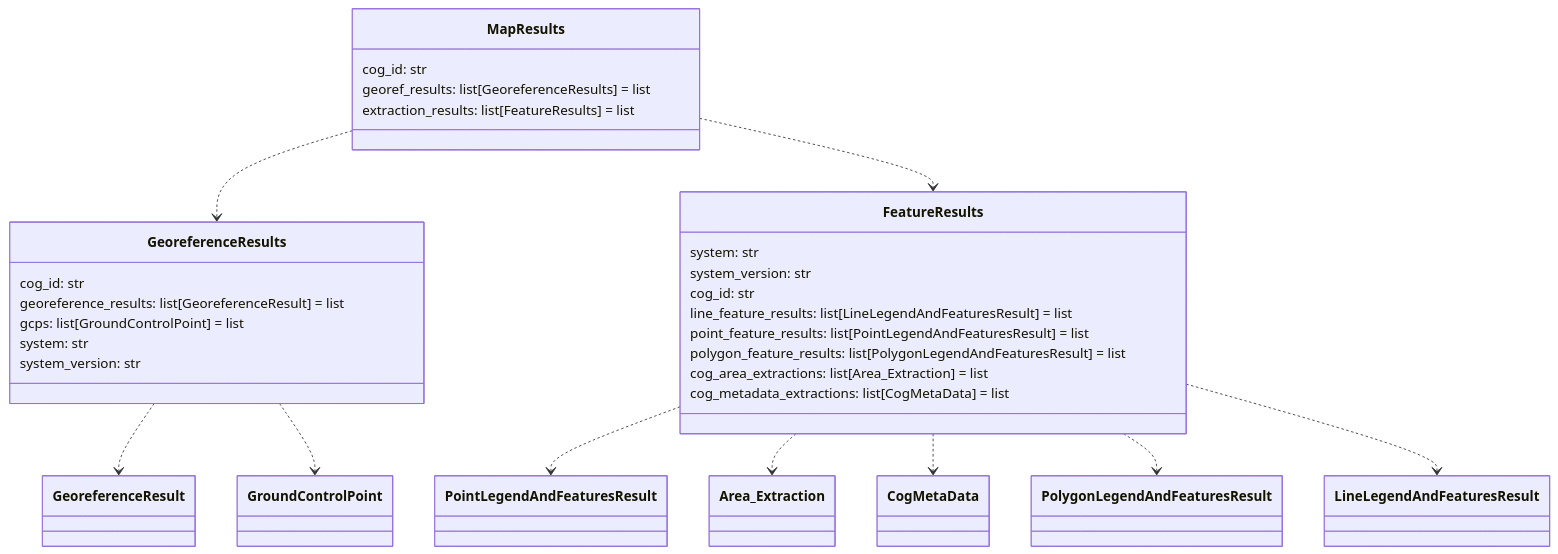
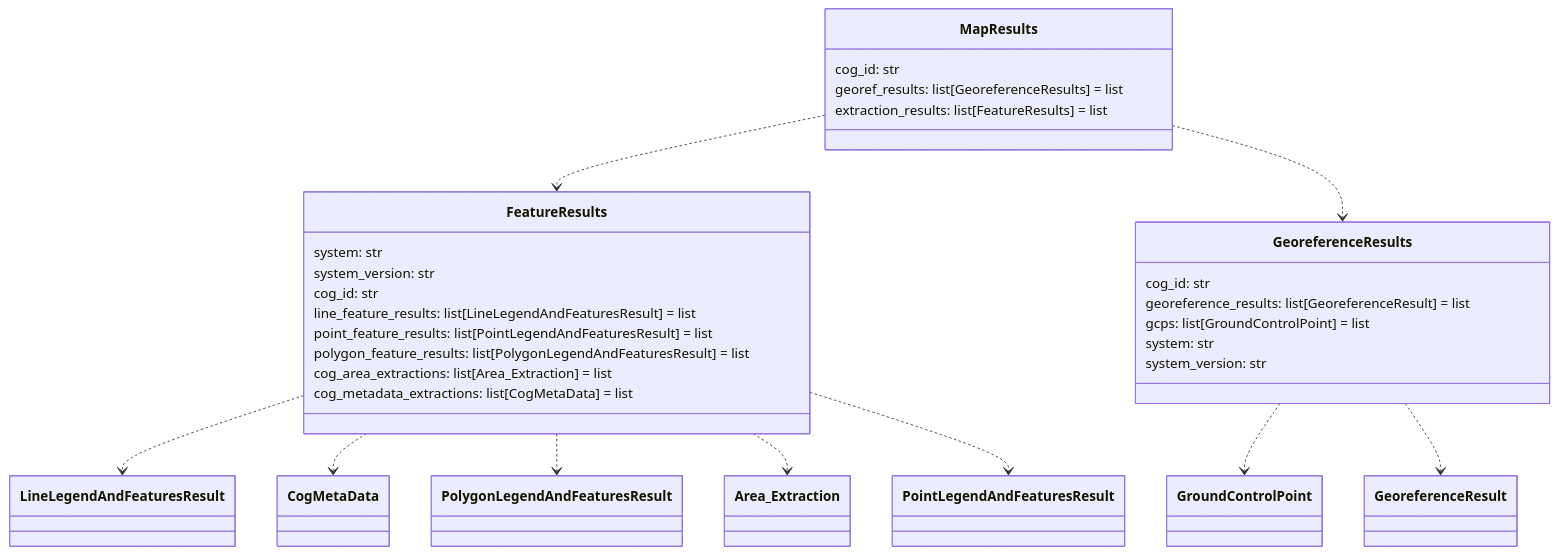
Diagram 11 of 12 in README.md (DARPA-CRITICALMAAS/cdr_schemas), drawn with Mermaid before and after one commit. The commit also changed other lines of this file and 1 other file, not shown here.

Commit message:
bump version (#29)

````diff
--- a/README.md
+++ b/README.md
@@ -906,40 +906,40 @@
 ```mermaid
 classDiagram
 
-    class GeoreferenceResults {
+    class MapResults {
         cog_id: str
-        georeference_results: list[GeoreferenceResult] = list
-        gcps: list[GroundControlPoint] = list
-        system: str
-        system_version: str
+        georef_results: list[GeoreferenceResults] = list
+        extraction_results: list[FeatureResults] = list
     }
 
     class FeatureResults {
         system: str
         system_version: str
         cog_id: str
         line_feature_results: list[LineLegendAndFeaturesResult] = list
         point_feature_results: list[PointLegendAndFeaturesResult] = list
         polygon_feature_results: list[PolygonLegendAndFeaturesResult] = list
         cog_area_extractions: list[Area_Extraction] = list
         cog_metadata_extractions: list[CogMetaData] = list
     }
 
-    class MapResults {
+    class GeoreferenceResults {
         cog_id: str
-        georef_results: list[GeoreferenceResults] = list
-        extraction_results: list[FeatureResults] = list
+        georeference_results: list[GeoreferenceResult] = list
+        gcps: list[GroundControlPoint] = list
+        system: str
+        system_version: str
     }
 
-    FeatureResults ..> PointLegendAndFeaturesResult
-    FeatureResults ..> Area_Extraction
+    FeatureResults ..> LineLegendAndFeaturesResult
     FeatureResults ..> CogMetaData
     FeatureResults ..> PolygonLegendAndFeaturesResult
-    FeatureResults ..> LineLegendAndFeaturesResult
+    FeatureResults ..> Area_Extraction
+    FeatureResults ..> PointLegendAndFeaturesResult
+    GeoreferenceResults ..> GroundControlPoint
     GeoreferenceResults ..> GeoreferenceResult
-    GeoreferenceResults ..> GroundControlPoint
+    MapResults ..> FeatureResults
     MapResults ..> GeoreferenceResults
-    MapResults ..> FeatureResults
 
 
 ```
````
